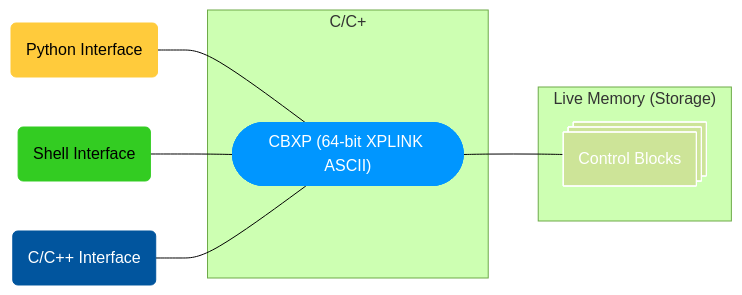
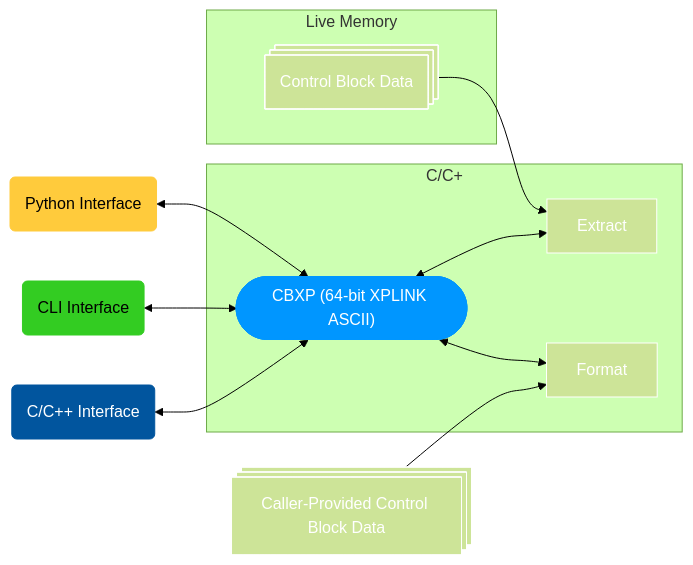
The diagram in index.md (ambitus/cbxp), drawn with Mermaid (forest theme) before and after one commit. The commit also changed other lines of this file and 10 other files, not shown here.

```diff
--- a/index.md
+++ b/index.md
@@ -56,17 +56,27 @@
 <pre class="mermaid">
   flowchart LR
-    python(Python Interface) ---CBXP
+    python(Python Interface)<-->CBXP
     style python fill:#ffcb3c,color:#000,stroke:#ffcb3c
-    shell(Shell Interface) ---CBXP
-    style shell fill:#33cc22,color:#000,stroke:#33cc22
-    C(C/C++ Interface) ---CBXP
+    cli(CLI Interface)<-->CBXP
+    style cli fill:#33cc22,color:#000,stroke:#33cc22
+    C(C/C++ Interface)<-->CBXP
     style C fill:#01559e,color:#fff,stroke:#01559e
     subgraph C/C+
         CBXP(["CBXP (64-bit XPLINK ASCII)"])
         style CBXP fill:#0096ff,color:#fff,stroke:#0096ff
+        Extract
+        style Extract color:#fff,stroke:#fff
+        Format
+        style Format color:#fff,stroke:#fff
     end
-    subgraph "Live Memory (Storage)"
-        CBXP--- control_blocks_storage@{ shape: procs, label: "Control Blocks"}
-        style control_blocks_storage color:#fff,stroke:#fff
+    control_blocks_memory-->Extract
+    subgraph "Live Memory"
+        control_blocks_memory@{shape: procs, direction: RL, label: "Control Block Data"}
+        style control_blocks_memory color:#fff,stroke:#fff
     end
+    CBXP<-->Extract
+    CBXP<-->Format
+    control_blocks_caller_provided-->Format
+    control_blocks_caller_provided@{shape: procs, label: "Caller-Provided Control Block Data"}
+    style control_blocks_caller_provided color:#fff,stroke:#fff
 </pre>
```
